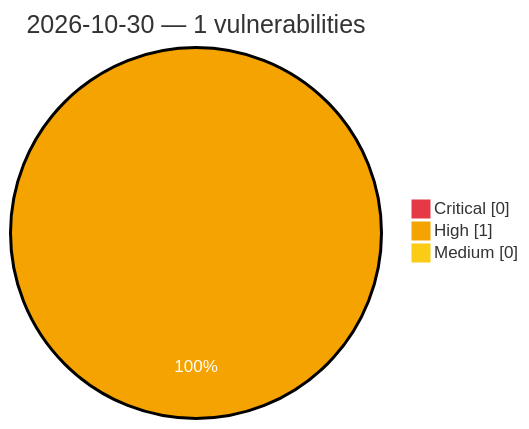
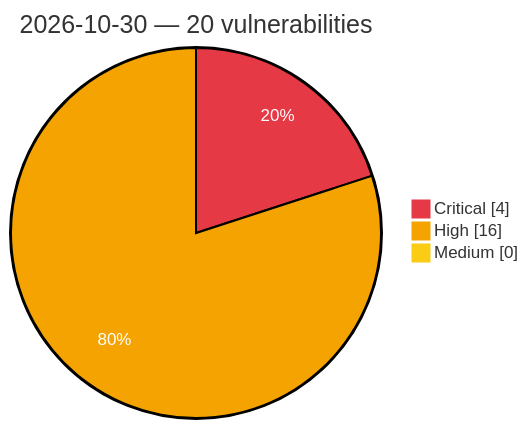
One commit to GhostX0X/vuln-tracker changed the diagram in vulnerabilities/2026/October/2026-10-30.md. Above: the diagram before and after it, drawn with Mermaid. The commit also changed other lines of this file and 5 other files, not shown here.

Commit message:
Auto update: critical/high vulns (2026-10-30 14:12 UTC)

````diff
--- a/vulnerabilities/2026/October/2026-10-30.md
+++ b/vulnerabilities/2026/October/2026-10-30.md
@@ -3,8 +3,8 @@
 ```mermaid
 %%{init: {'theme':'base', 'themeVariables': {'pie1':'#e63946', 'pie2':'#f4a300', 'pie3':'#facc15', 'pieOpacity':'1', 'pieOuterStrokeWidth':'2px', 'pieSectionTextColor':'#ffffff'}}}%%
 pie showData
-    title 2026-10-30 — 1 vulnerabilities
-    "Critical" : 0
-    "High" : 1
+    title 2026-10-30 — 20 vulnerabilities
+    "Critical" : 4
+    "High" : 16
     "Medium" : 0
 ```
````
